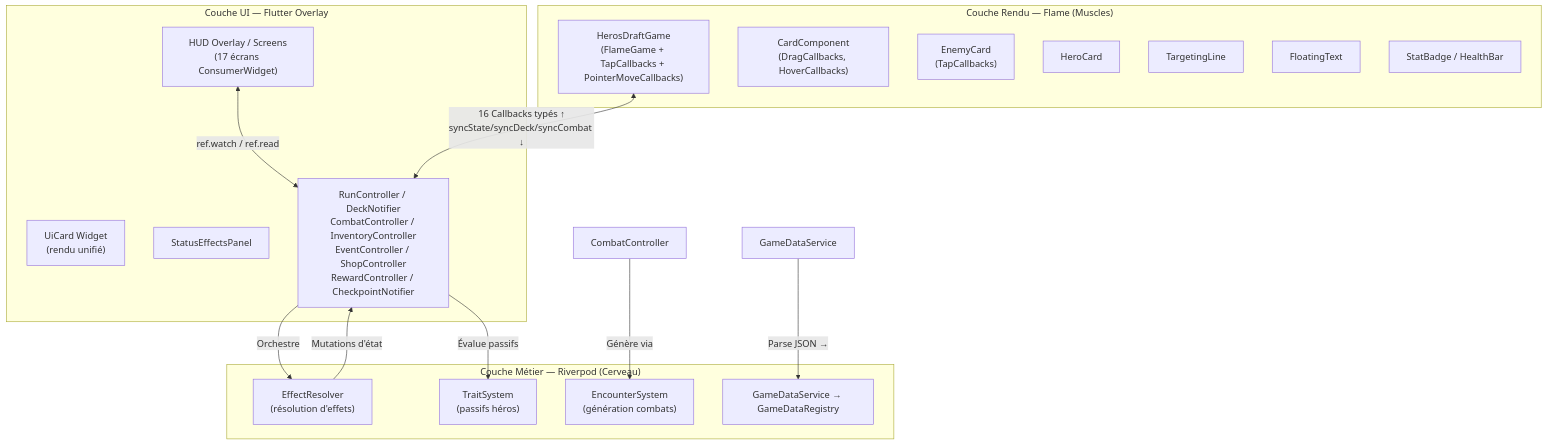
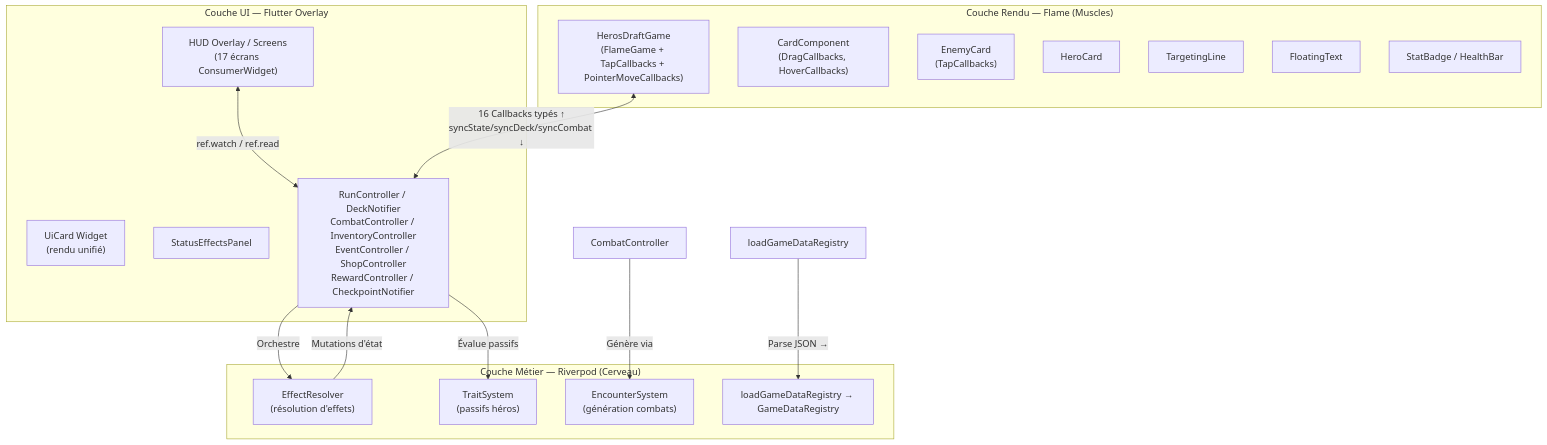
The diagram in .obsidian_vault/_patterns/01-00-architecture-globale-separation-triangulaire.md (Hex-Umbra/hero-s-draft), drawn with Mermaid before and after one commit. The commit also changed other lines of this file and 19 other files, not shown here.

````diff
--- a/.obsidian_vault/_patterns/01-00-architecture-globale-separation-triangulaire.md
+++ b/.obsidian_vault/_patterns/01-00-architecture-globale-separation-triangulaire.md
@@ -5,34 +5,34 @@
 ```mermaid
 graph TD
     subgraph "Couche UI — Flutter Overlay"
         UI["HUD Overlay / Screens<br/>(17 écrans ConsumerWidget)"]
         UiCard["UiCard Widget<br/>(rendu unifié)"]
         StatusPanel["StatusEffectsPanel"]
         UI <-->|"ref.watch / ref.read"| RVP
     end
 
     subgraph "Couche Métier — Riverpod (Cerveau)"
         RVP["RunController / DeckNotifier<br/>CombatController / InventoryController<br/>EventController / ShopController<br/>RewardController / CheckpointNotifier"]
         ER["EffectResolver<br/>(résolution d'effets)"]
         TS["TraitSystem<br/>(passifs héros)"]
         ES["EncounterSystem<br/>(génération combats)"]
-        GD["GameDataService → GameDataRegistry"]
+        GD["loadGameDataRegistry → GameDataRegistry"]
     end
 
     subgraph "Couche Rendu — Flame (Muscles)"
         Game["HerosDraftGame<br/>(FlameGame + TapCallbacks + PointerMoveCallbacks)"]
         CardComp["CardComponent<br/>(DragCallbacks, HoverCallbacks)"]
         EnemyComp["EnemyCard<br/>(TapCallbacks)"]
         HeroComp["HeroCard"]
         TargetLine["TargetingLine"]
         FloatText["FloatingText"]
         StatBdg["StatBadge / HealthBar"]
     end
 
     RVP -->|"Orchestre"| ER
     RVP -->|"Évalue passifs"| TS
     CombatCtrl["CombatController"] -->|"Génère via"| ES
-    GameDataService -->|"Parse JSON →"| GD
+    loadGameDataRegistry -->|"Parse JSON →"| GD
     ER -->|"Mutations d'état"| RVP
     Game <-->|"16 Callbacks typés ↑<br/>syncState/syncDeck/syncCombat ↓"| RVP
 ```
````
